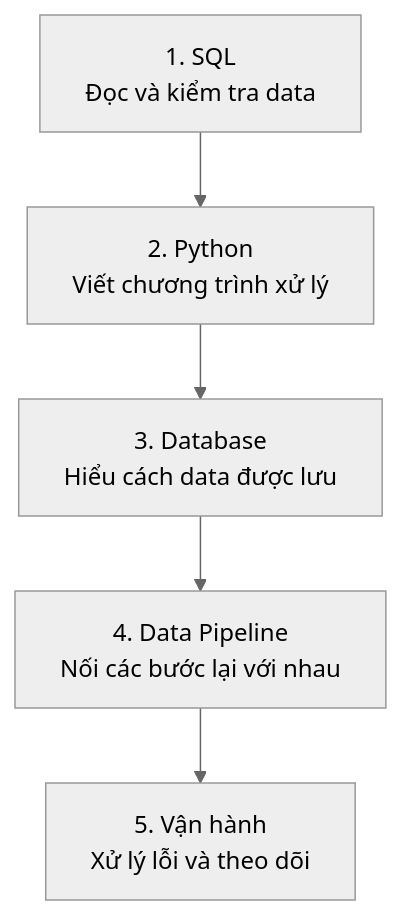
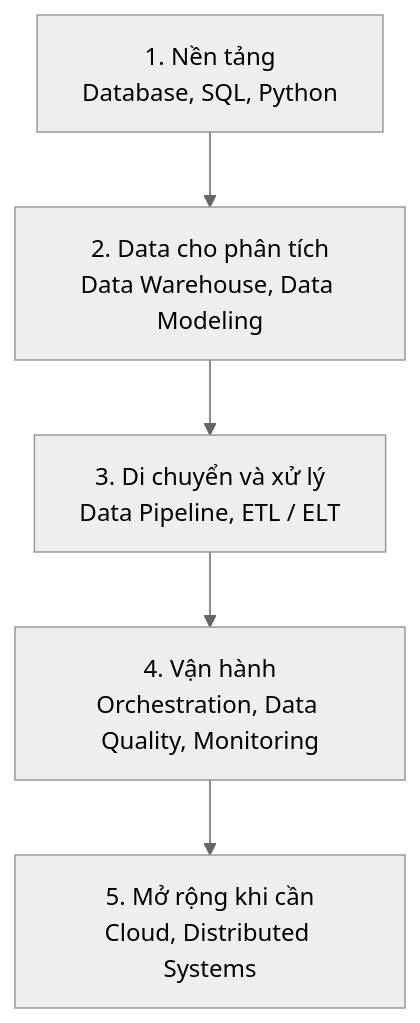
One commit to canhtran/data-guy-story-v2 changed the second of 2 diagrams in content/wiki/bat-dau/data-engineer-la-gi.md. Above: the diagram before and after it, drawn with Mermaid (neutral theme). The commit also changed other lines of this file, not shown here.

Commit message:
clarify core Data Engineer knowledge layers

````diff
--- a/content/wiki/bat-dau/data-engineer-la-gi.md
+++ b/content/wiki/bat-dau/data-engineer-la-gi.md
@@ -139,9 +139,9 @@
 ```mermaid
 flowchart TD
-    A["1. SQL<br/>Đọc và kiểm tra data"]
-    B["2. Python<br/>Viết chương trình xử lý"]
-    C["3. Database<br/>Hiểu cách data được lưu"]
-    D["4. Data Pipeline<br/>Nối các bước lại với nhau"]
-    E["5. Vận hành<br/>Xử lý lỗi và theo dõi"]
+    A["1. Nền tảng<br/>Database, SQL, Python"]
+    B["2. Data cho phân tích<br/>Data Warehouse, Data Modeling"]
+    C["3. Di chuyển và xử lý<br/>Data Pipeline, ETL / ELT"]
+    D["4. Vận hành<br/>Orchestration, Data Quality, Monitoring"]
+    E["5. Mở rộng khi cần<br/>Cloud, Distributed Systems"]
     A --> B --> C --> D --> E
 ```
````
